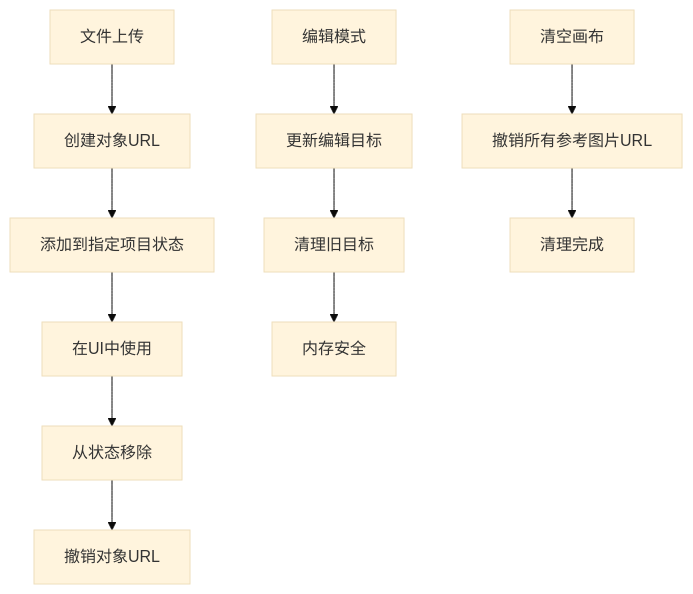
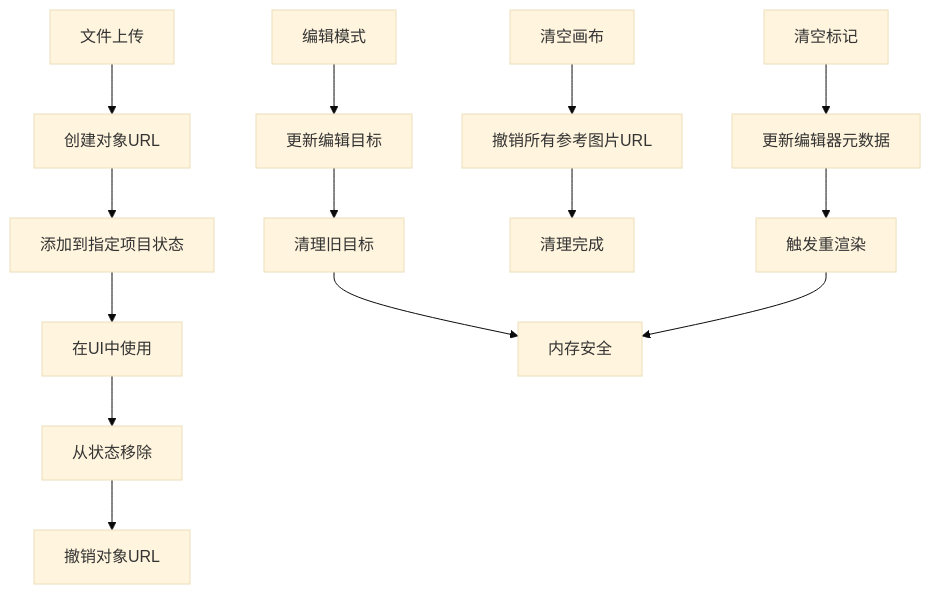
One commit to billye220670/BananaFlow2 changed diagram 18 of 19 in .qoder/repowiki/zh/content/状态管理系统.md. Above: the diagram before and after it, drawn with Mermaid (base theme). The commit also changed other lines of this file and 10 other files, not shown here.

````diff
--- a/.qoder/repowiki/zh/content/状态管理系统.md
+++ b/.qoder/repowiki/zh/content/状态管理系统.md
@@ -499,13 +636,16 @@
 ```mermaid
 flowchart TD
 Upload[文件上传] --> CreateURL[创建对象URL]
 CreateURL --> AddToStore[添加到指定项目状态]
 AddToStore --> UseInUI[在UI中使用]
 UseInUI --> RemoveFromStore[从状态移除]
 RemoveFromStore --> RevokeURL[撤销对象URL]
 EditMode[编辑模式] --> UpdateTarget[更新编辑目标]
 UpdateTarget --> CleanupTarget[清理旧目标]
 CleanupTarget --> MemorySafe[内存安全]
 CanvasClear[清空画布] --> RevokeAllRefs[撤销所有参考图片URL]
 RevokeAllRefs --> CleanupComplete[清理完成]
+MarkerClear[清空标记] --> UpdateEditorMeta[更新编辑器元数据]
+UpdateEditorMeta --> TriggerRender[触发重渲染]
+TriggerRender --> MemorySafe
 ```
````
